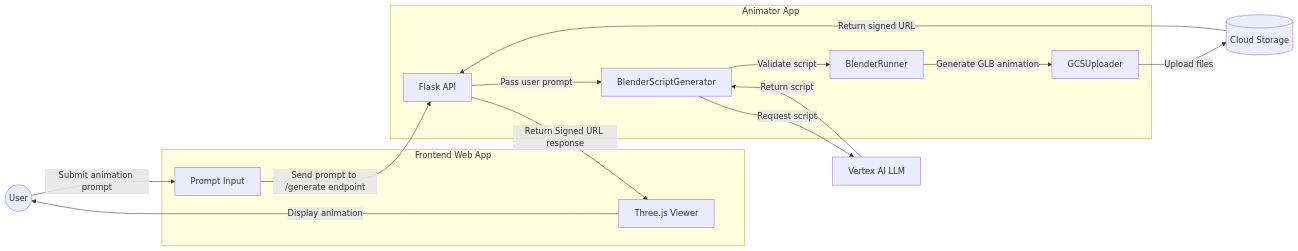
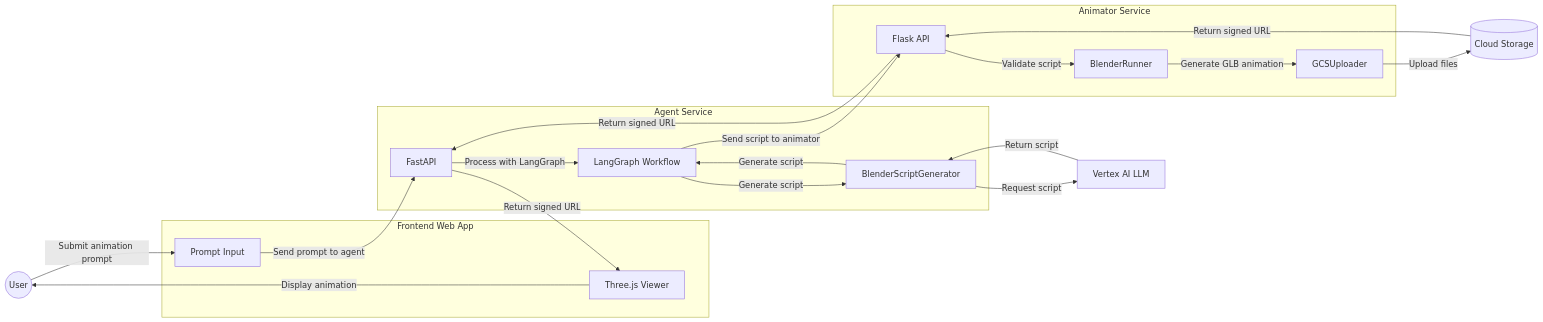
Before and after one commit to gallaglo/gcp-demos-notes-and-tricks: the diagram in run/animation/README.md, drawn with Mermaid. The commit also changed other lines of this file and 15 other files, not shown here.

````diff
--- a/run/animation/README.md
+++ b/run/animation/README.md
@@ -21,30 +20,39 @@
 ```mermaid
 flowchart LR
     User((User))
     GCS[(Cloud Storage)]
     VertexAI[Vertex AI LLM]
     
     subgraph "Frontend Web App"
         WebUI[Prompt Input]
         ThreeJS[Three.js Viewer]
     end
     
-    subgraph "Animator App"
-        FlaskAPI[Flask API]
-        BlenderScriptGen[BlenderScriptGenerator]
+    subgraph "Agent Service"
+        AgentAPI[FastAPI]
+        LangGraph[LangGraph Workflow]
+        ScriptGen[BlenderScriptGenerator]
+    end
+    
+    subgraph "Animator Service"
+        AnimatorAPI[Flask API]
         BlenderRunner[BlenderRunner]
         GCSUploader[GCSUploader]
     end
     
     User -->|"Submit animation prompt"| WebUI
-    WebUI -->|"Send prompt to /generate endpoint"| FlaskAPI
-    FlaskAPI -->|"Pass user prompt"| BlenderScriptGen
-    BlenderScriptGen -->|"Request script"| VertexAI
-    VertexAI -->|"Return script"| BlenderScriptGen
-    BlenderScriptGen -->|"Validate script"| BlenderRunner
+    WebUI -->|"Send prompt to agent"| AgentAPI
+    AgentAPI -->|"Process with LangGraph"| LangGraph
+    LangGraph -->|"Generate script"| ScriptGen
+    ScriptGen -->|"Request script"| VertexAI
+    VertexAI -->|"Return script"| ScriptGen
+    ScriptGen -->|"Generate script"| LangGraph
+    LangGraph -->|"Send script to animator"| AnimatorAPI
+    AnimatorAPI -->|"Validate script"| BlenderRunner
     BlenderRunner -->|"Generate GLB animation"| GCSUploader
     GCSUploader -->|"Upload files"| GCS
-    GCS -->|"Return signed URL"| FlaskAPI
-    FlaskAPI -->|"Return Signed URL response"| ThreeJS
+    GCS -->|"Return signed URL"| AnimatorAPI
+    AnimatorAPI -->|"Return signed URL"| AgentAPI
+    AgentAPI -->|"Return signed URL"| ThreeJS
     ThreeJS -->|"Display animation"| User
 ```
````
